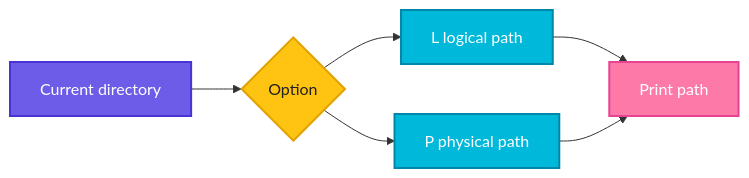
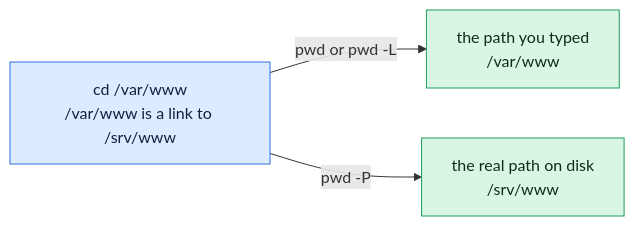
The diagram in linux/file-management/pwd.md (codeKerdosTech/DevOps-Documentation), drawn with Mermaid before and after one commit. The commit also changed other lines of this file and 165 other files, not shown here.

Commit message:
updated diagrams in linux

````diff
--- a/linux/file-management/pwd.md
+++ b/linux/file-management/pwd.md
@@ -14,19 +14,12 @@
 ```mermaid
 flowchart LR
-    A[Current directory] --> B{Option}
-    B --> C[L logical path]
-    B --> D[P physical path]
-    C --> E[Print path]
-    D --> E
-    classDef start fill:#6C5CE7,stroke:#4834D4,stroke-width:2px,color:#fff
-    classDef proc fill:#00B8D9,stroke:#0087A8,stroke-width:2px,color:#fff
-    classDef dec fill:#FFC312,stroke:#E1A100,stroke-width:2px,color:#222
-    classDef ok fill:#2ECC71,stroke:#1E8449,stroke-width:2px,color:#fff
-    classDef err fill:#FF4757,stroke:#C0392B,stroke-width:2px,color:#fff
-    classDef out fill:#FD79A8,stroke:#E84393,stroke-width:2px,color:#fff
-    classDef alt fill:#FF9F43,stroke:#E67E22,stroke-width:2px,color:#fff
-    class A start
-    class B dec
-    class C,D proc
-    class E out
+    i1[cd /var/www<br/>/var/www is a link to /srv/www] -->|pwd or pwd -L| o1[the path you typed<br/>/var/www]
+    i1 -->|pwd -P| o2[the real path on disk<br/>/srv/www]
+    classDef inp fill:#DCEBFF,stroke:#2F6FDE,color:#10213F
+    classDef cmd fill:#FFF0C2,stroke:#C98A00,color:#3A2A00
+    classDef out fill:#D9F5E3,stroke:#1F9D55,color:#0B2E1A
+    classDef bad fill:#FDE0E0,stroke:#D13B3B,color:#4A0F0F
+    classDef note fill:#ECEFF3,stroke:#7B8794,color:#1F2933
+    class i1 inp
+    class o1,o2 out
 ```
````
